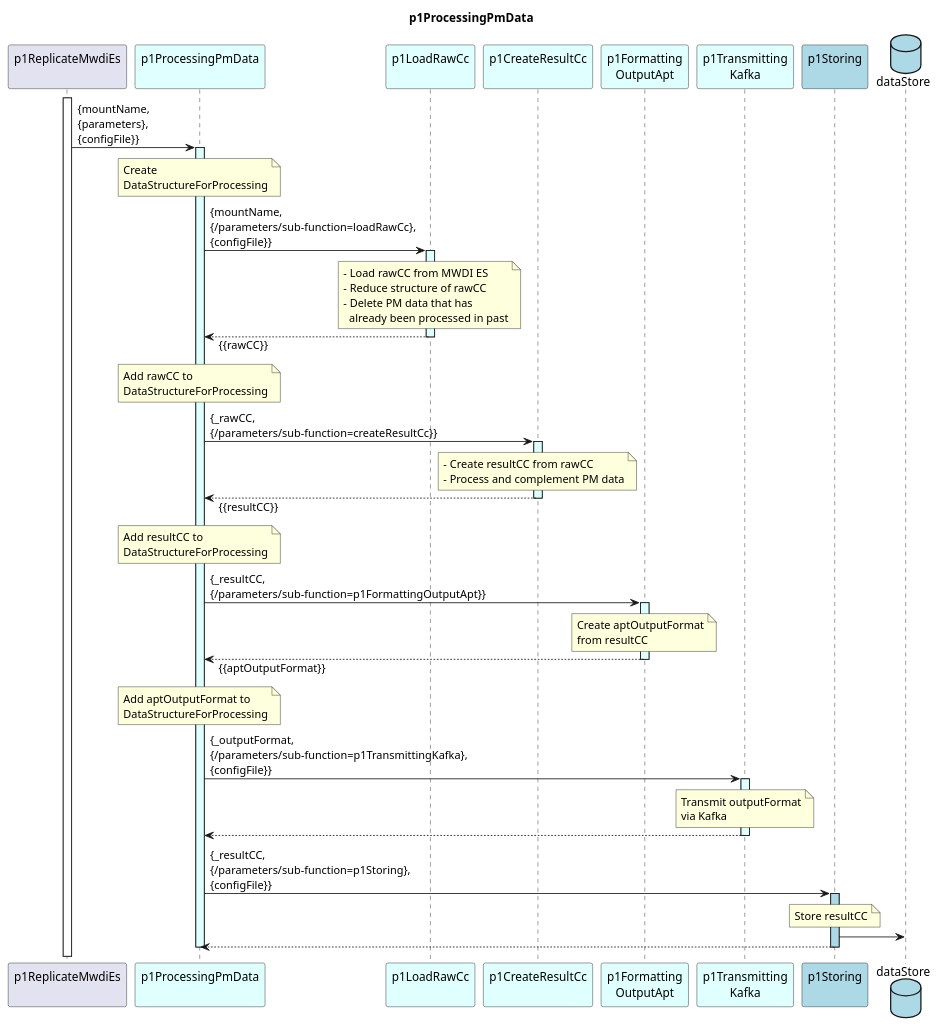
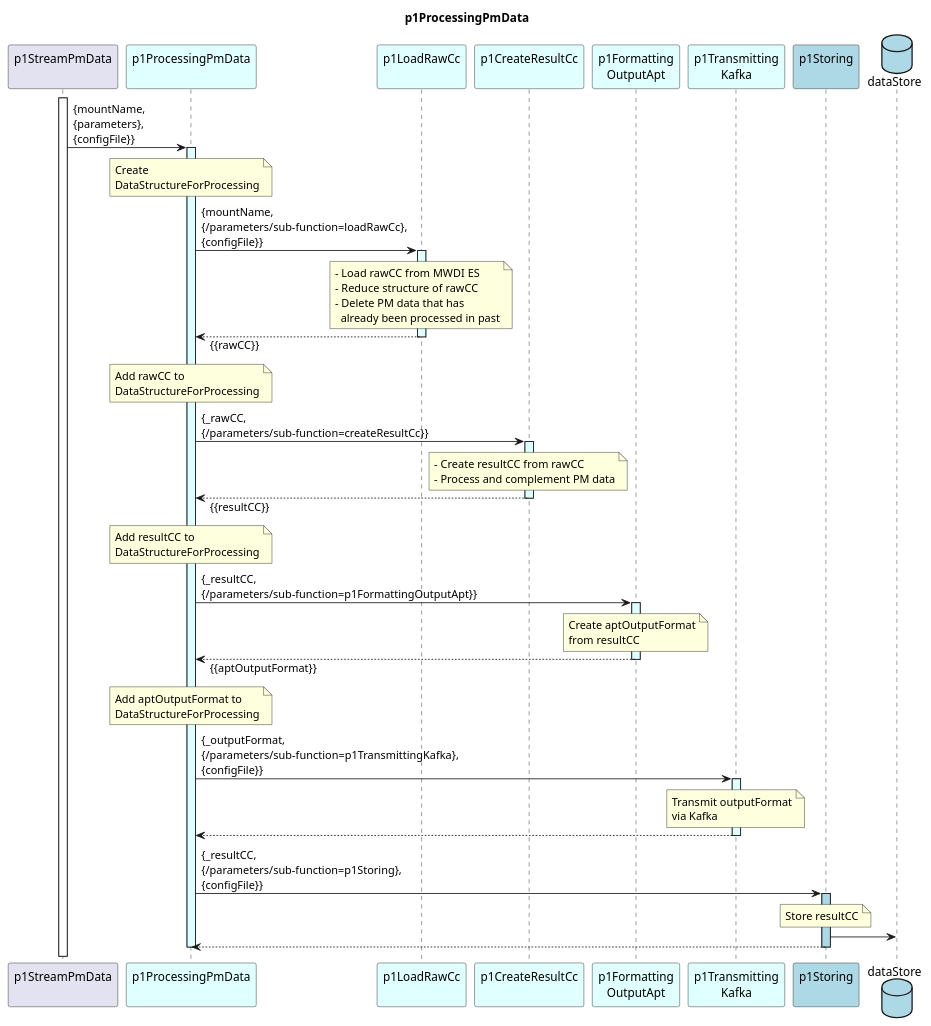
One commit to openBackhaul/DevicePerformanceManagementDataProcessor changed the diagram in spec/Functions/specificFunctions/p1ProcessingPmData/1.0.0/p1ProcessingPmData.plantuml. Above: the diagram before and after it, drawn with PlantUML. The commit also changed 8 other files, not shown here.

Commit message:
Rename from p1ReplicateMwdiEs to p1StreamPmData

```diff
--- a/spec/Functions/specificFunctions/p1ProcessingPmData/1.0.0/p1ProcessingPmData.plantuml
+++ b/spec/Functions/specificFunctions/p1ProcessingPmData/1.0.0/p1ProcessingPmData.plantuml
@@ -1,103 +1,103 @@
 @startuml p1ProcessingPmData
 skinparam responseMessageBelowArrow true
 
 title
   p1ProcessingPmData
 end title
 
-participant "p1ReplicateMwdiEs\n" as requestor
+participant "p1StreamPmData\n" as requestor
 participant "p1ProcessingPmData\n" as p1ProOrch #LightCyan
 participant "p1LoadRawCc\n" as p1AddRaw #LightCyan
 participant "p1CreateResultCc\n" as p1CRC #LightCyan
 participant "p1Formatting\nOutputApt" as p1Output #LightCyan
 participant "p1Transmitting\nKafka" as p1Trans #LightCyan
 participant "p1Storing\n" as p1Store #LightBlue
 database "dataStore" as db #LightBlue
 
 
 activate requestor
 
 requestor -> p1ProOrch : {mountName,\n{parameters},\n{configFile}}
 activate p1ProOrch #LightCyan
 
   note over p1ProOrch
     Create
     DataStructureForProcessing
   end note
 
   p1ProOrch -> p1AddRaw : {mountName,\n{/parameters/sub-function=loadRawCc},\n{configFile}}
   activate p1AddRaw #LightCyan
 
     note over p1AddRaw
       - Load rawCC from MWDI ES
       - Reduce structure of rawCC
       - Delete PM data that has
         already been processed in past
     end note
 
   p1ProOrch <-- p1AddRaw : {{rawCC}}
   deactivate p1AddRaw
 
   note over p1ProOrch
     Add rawCC to
     DataStructureForProcessing
   end note
 
   p1ProOrch -> p1CRC : {_rawCC,\n{/parameters/sub-function=createResultCc}}
   activate p1CRC #LightCyan
 
     note over p1CRC
       - Create resultCC from rawCC
       - Process and complement PM data
     end note
 
   p1ProOrch <-- p1CRC : {{resultCC}}
   deactivate p1CRC
 
   note over p1ProOrch
     Add resultCC to
     DataStructureForProcessing
   end note
 
   p1ProOrch -> p1Output : {_resultCC,\n{/parameters/sub-function=p1FormattingOutputApt}}
   activate p1Output #LightCyan
 
     note over p1Output
       Create aptOutputFormat
       from resultCC
     end note
 
   p1ProOrch <-- p1Output : {{aptOutputFormat}}
   deactivate p1Output
 
   note over p1ProOrch
     Add aptOutputFormat to
     DataStructureForProcessing
   end note
 
   p1ProOrch -> p1Trans : {_outputFormat,\n{/parameters/sub-function=p1TransmittingKafka},\n{configFile}}
   activate p1Trans #LightCyan
 
     note over p1Trans
       Transmit outputFormat
       via Kafka
     end note
 
   p1ProOrch <-- p1Trans
   deactivate p1Trans
 
   p1ProOrch -> p1Store : {_resultCC,\n{/parameters/sub-function=p1Storing},\n{configFile}}
   activate p1Store #LightBlue
 
     note over p1Store
       Store resultCC
     end note
 
     p1Store -> db
 
   p1ProOrch <-- p1Store
   deactivate p1Store
 
 deactivate p1ProOrch
 
 @enduml
```
